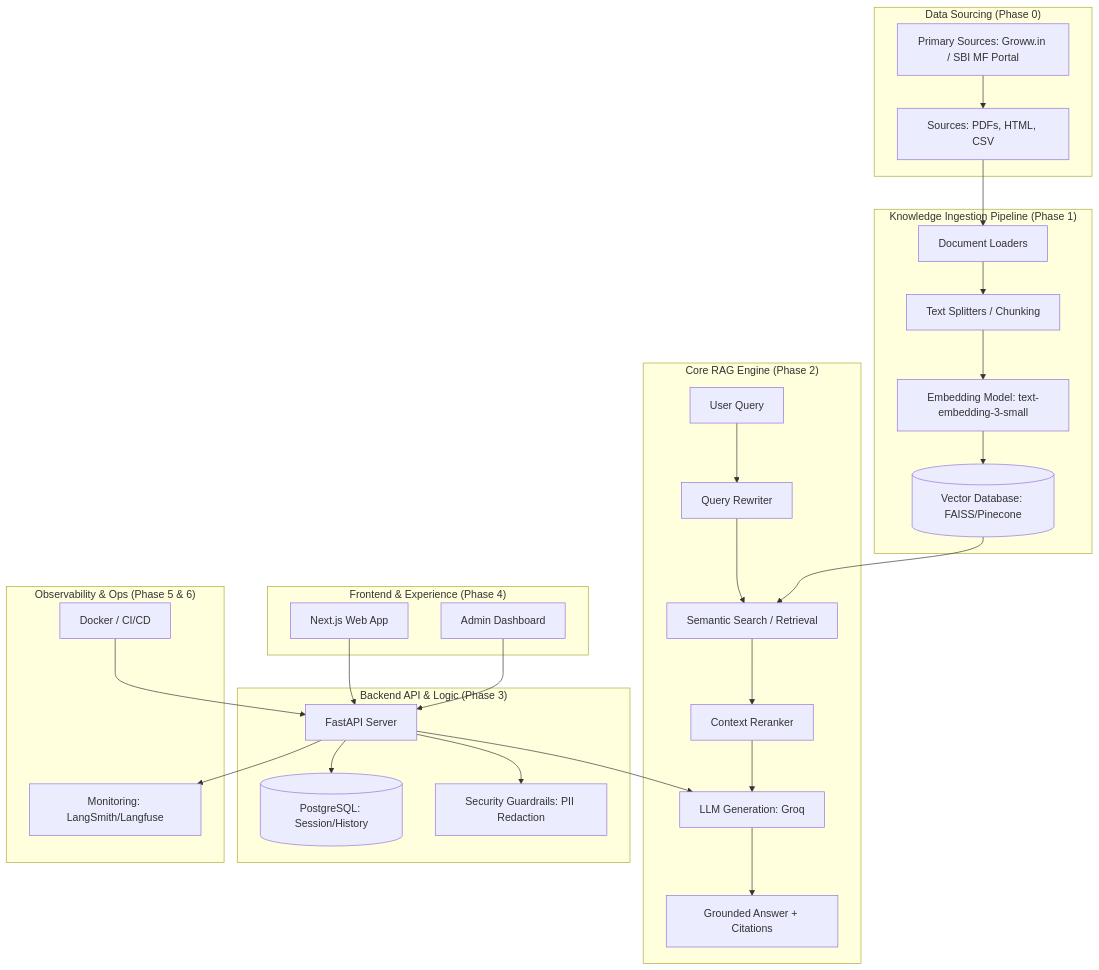
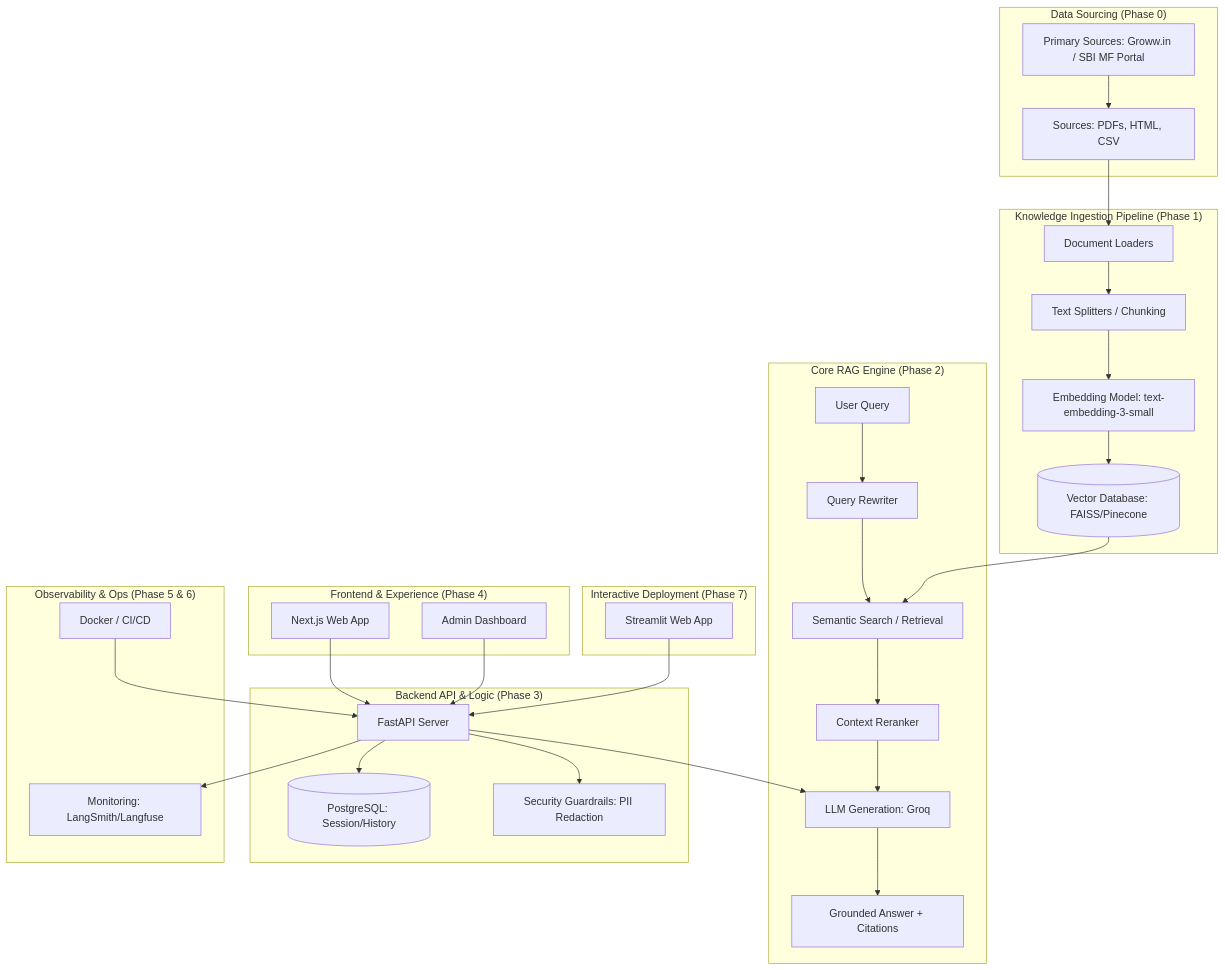
The diagram in docs/Architecture.md (soudagarnayan2/LIP3-Milestone3), drawn with Mermaid before and after one commit. The commit also changed other lines of this file and 3 other files, not shown here.

Commit message:
Implement Phase 7: Streamlit Deployment & Interactive Playground

````diff
--- a/docs/Architecture.md
+++ b/docs/Architecture.md
@@ -9,38 +9,42 @@
 ```mermaid
 graph TD
     subgraph "Data Sourcing (Phase 0)"
         S[Primary Sources: Groww.in / SBI MF Portal] --> A
     end
 
     subgraph "Knowledge Ingestion Pipeline (Phase 1)"
         A[Sources: PDFs, HTML, CSV] --> B[Document Loaders]
         B --> C[Text Splitters / Chunking]
         C --> D[Embedding Model: text-embedding-3-small]
         D --> E[(Vector Database: FAISS/Pinecone)]
     end
 
     subgraph "Core RAG Engine (Phase 2)"
         F[User Query] --> G[Query Rewriter]
         G --> H[Semantic Search / Retrieval]
         E --> H
         H --> I[Context Reranker]
         I --> J[LLM Generation: Groq]
         J --> K[Grounded Answer + Citations]
     end
 
     subgraph "Backend API & Logic (Phase 3)"
         L[FastAPI Server] --> J
         L --> M[(PostgreSQL: Session/History)]
         L --> N[Security Guardrails: PII Redaction]
     end
 
     subgraph "Frontend & Experience (Phase 4)"
         O[Next.js Web App] --> L
         P[Admin Dashboard] --> L
     end
 
     subgraph "Observability & Ops (Phase 5 & 6)"
         L --> Q[Monitoring: LangSmith/Langfuse]
         R[Docker / CI/CD] --> L
     end
+
+    subgraph "Interactive Deployment (Phase 7)"
+        S1[Streamlit Web App] --> L
+    end
 ```
````
